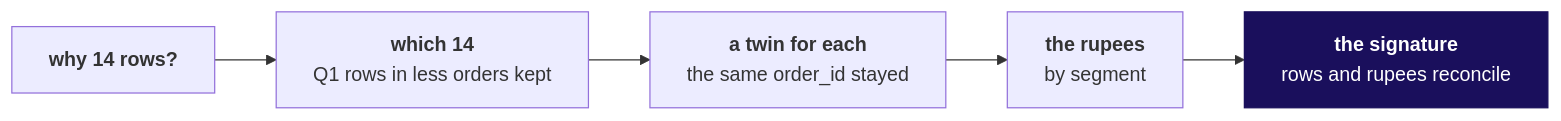
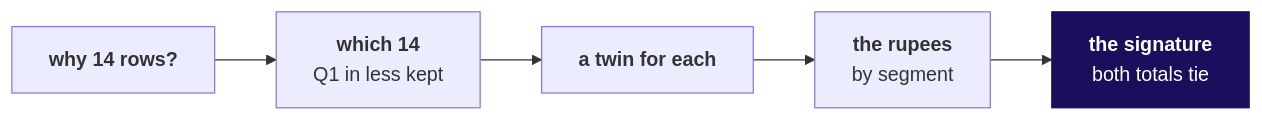
Before and after one commit to fde-academy-lab/c2-content-factory: the sixth of 9 diagrams in content/W01/D3/slides/C2_W01_D03_half2_STUDENT.md, drawn with Mermaid. The commit also changed other lines of this file and 10 other files, not shown here.

Commit message:
W01 D3: both decks rebuilt chapter by chapter, each chapter running need, company, options sized, trap, fix, second route and review; chapter titles match the notebooks

````diff
--- a/content/W01/D3/slides/C2_W01_D03_half2_STUDENT.md
+++ b/content/W01/D3/slides/C2_W01_D03_half2_STUDENT.md
@@ -144,9 +338,9 @@
 ```mermaid
 flowchart LR
-    Q["<b>why 14 rows?</b>"] --> W["<b>which 14</b><br/>Q1 rows in less orders kept"]
-    W --> T["<b>a twin for each</b><br/>the same order_id stayed"]
+    Q["<b>why 14 rows?</b>"] --> W["<b>which 14</b><br/>Q1 in less kept"]
+    W --> T["<b>a twin for each</b>"]
     T --> R["<b>the rupees</b><br/>by segment"]
-    R --> S["<b>the signature</b><br/>rows and rupees reconcile"]
+    R --> S["<b>the signature</b><br/>both totals tie"]
     classDef bet fill:#1A0F5C,stroke:#1A0F5C,color:#FFFFFF
     class S bet
 ```
````
